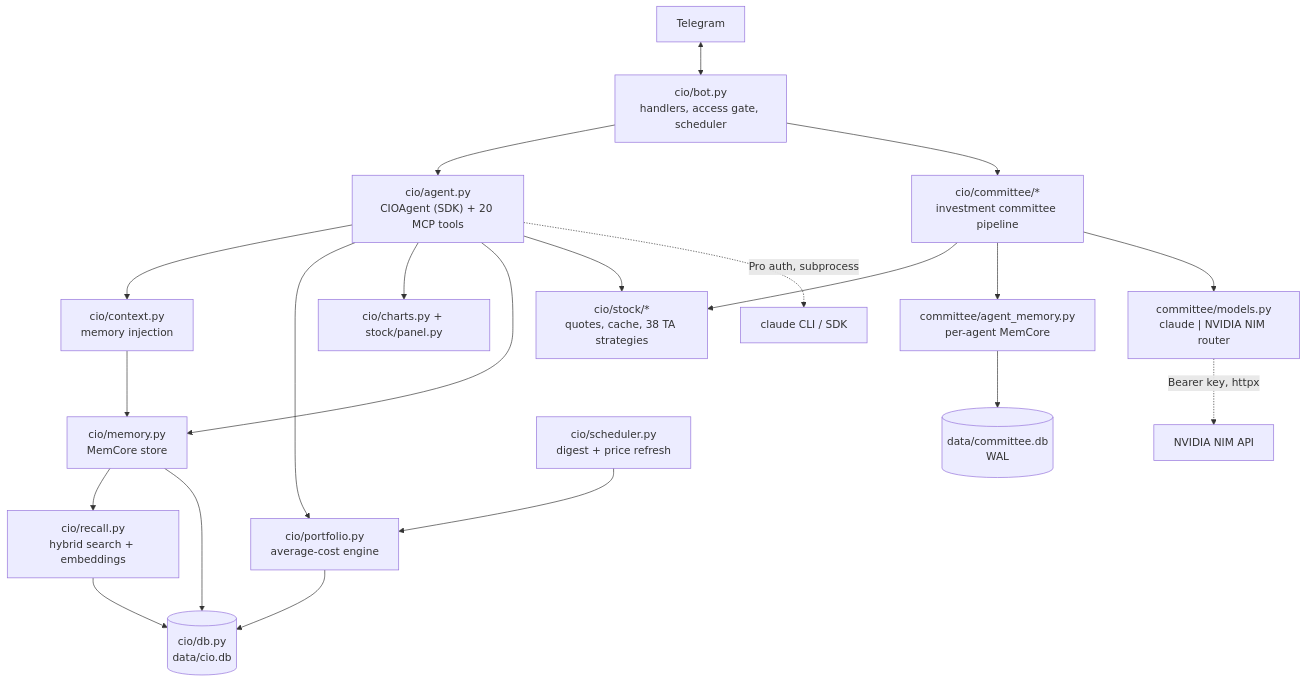
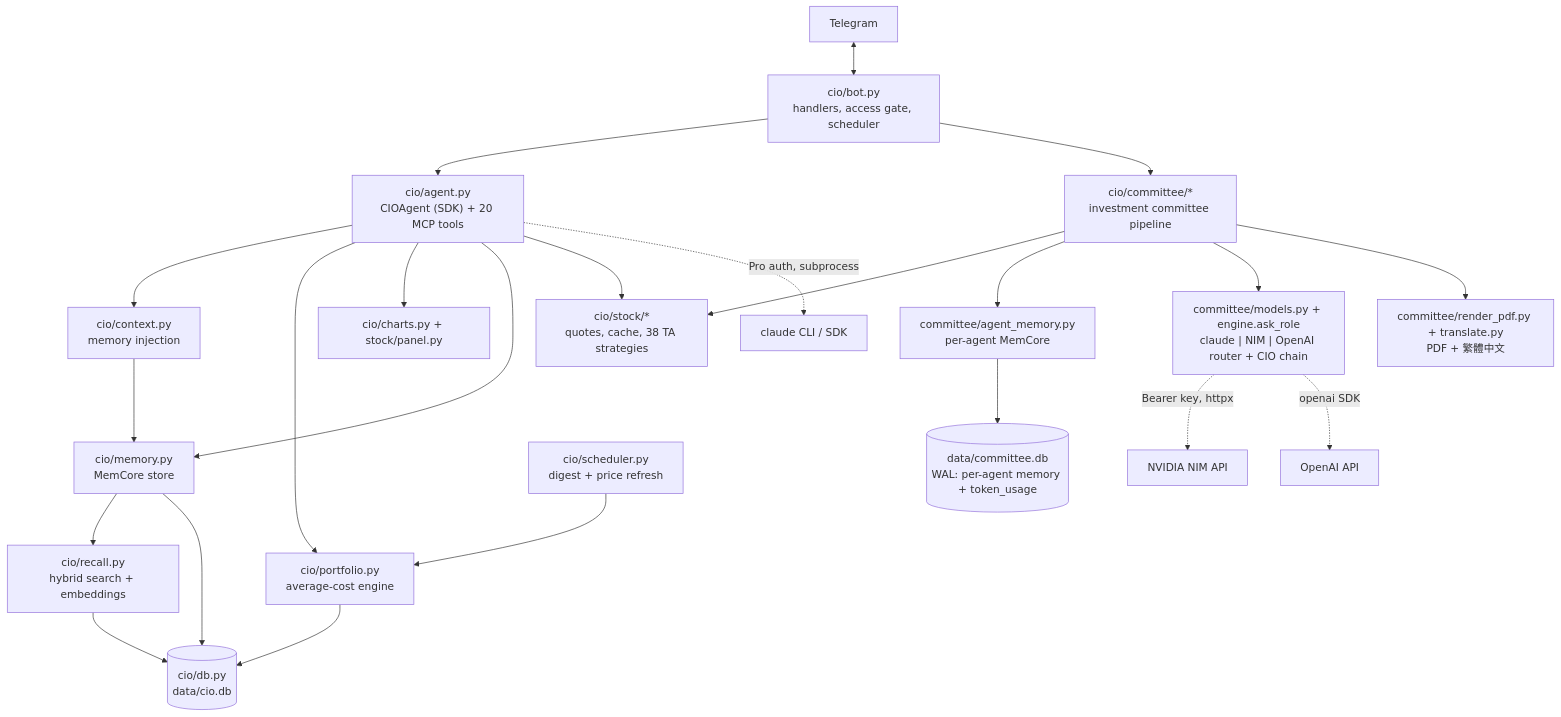
One commit to cloudaipro/CIOAgent changed the first of 5 diagrams in docs/TECHNICAL_REPORT.md. Above: the diagram before and after it, drawn with Mermaid. The commit also changed other lines of this file and 1 other file, not shown here.

First line of the commit message:
docs: update TECHNICAL_REPORT + README for PDF/繁中 + OpenAI chain

````diff
--- a/docs/TECHNICAL_REPORT.md
+++ b/docs/TECHNICAL_REPORT.md
@@ -32,23 +35,25 @@
 ```mermaid
 flowchart TD
     TG["Telegram"] <--> BOT["cio/bot.py<br/>handlers, access gate, scheduler"]
     BOT --> AGENT["cio/agent.py<br/>CIOAgent (SDK) + 20 MCP tools"]
     BOT --> COMM["cio/committee/*<br/>investment committee pipeline"]
     AGENT --> CTX["cio/context.py<br/>memory injection"]
     AGENT --> PORT["cio/portfolio.py<br/>average-cost engine"]
     AGENT --> CHARTS["cio/charts.py + stock/panel.py"]
     AGENT --> MEM["cio/memory.py<br/>MemCore store"]
     AGENT --> STK["cio/stock/*<br/>quotes, cache, 38 TA strategies"]
     MEM --> RECALL["cio/recall.py<br/>hybrid search + embeddings"]
     CTX --> MEM
     COMM --> STK
     COMM --> AMEM["committee/agent_memory.py<br/>per-agent MemCore"]
-    COMM --> MODELS["committee/models.py<br/>claude | NVIDIA NIM router"]
-    AMEM --> CDB[("data/committee.db<br/>WAL")]
+    COMM --> MODELS["committee/models.py + engine.ask_role<br/>claude | NIM | OpenAI router + CIO chain"]
+    COMM --> PDF["committee/render_pdf.py + translate.py<br/>PDF + 繁體中文"]
+    AMEM --> CDB[("data/committee.db<br/>WAL: per-agent memory + token_usage")]
     PORT --> DB[("cio/db.py<br/>data/cio.db")]
     MEM --> DB
     RECALL --> DB
     SCHED["cio/scheduler.py<br/>digest + price refresh"] --> PORT
     AGENT -. "Pro auth, subprocess" .-> CLAUDE["claude CLI / SDK"]
     MODELS -. "Bearer key, httpx" .-> NIM["NVIDIA NIM API"]
+    MODELS -. "openai SDK" .-> OAI["OpenAI API"]
 ```
````
